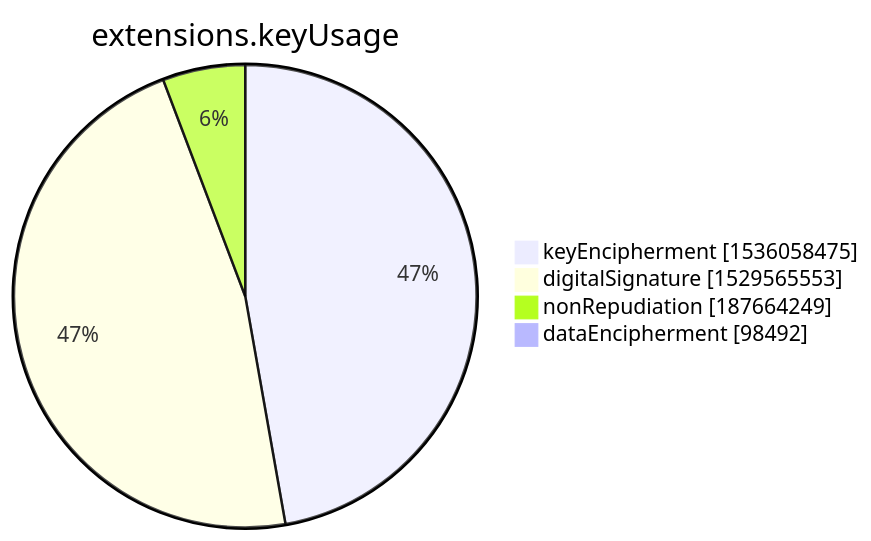
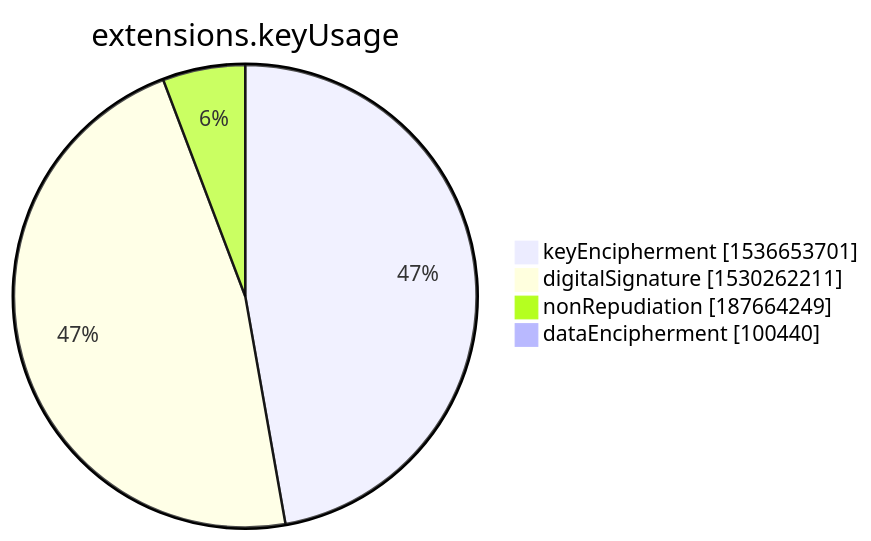
One commit to christiankrug/ctmonitor_visualization changed the seventh of 15 diagrams in xenon2022/README.md. Above: the diagram before and after it, drawn with Mermaid. The commit also changed other lines of this file, not shown here.

````diff
--- a/xenon2022/README.md
+++ b/xenon2022/README.md
@@ -2849,8 +2849,8 @@
 ```mermaid
 pie showData
 title extensions.keyUsage
-"keyEncipherment" :1536058475
-"digitalSignature" :1529565553
+"keyEncipherment" :1536653701
+"digitalSignature" :1530262211
 "nonRepudiation" :187664249
-"dataEncipherment" :98492
+"dataEncipherment" :100440
 ```
````
